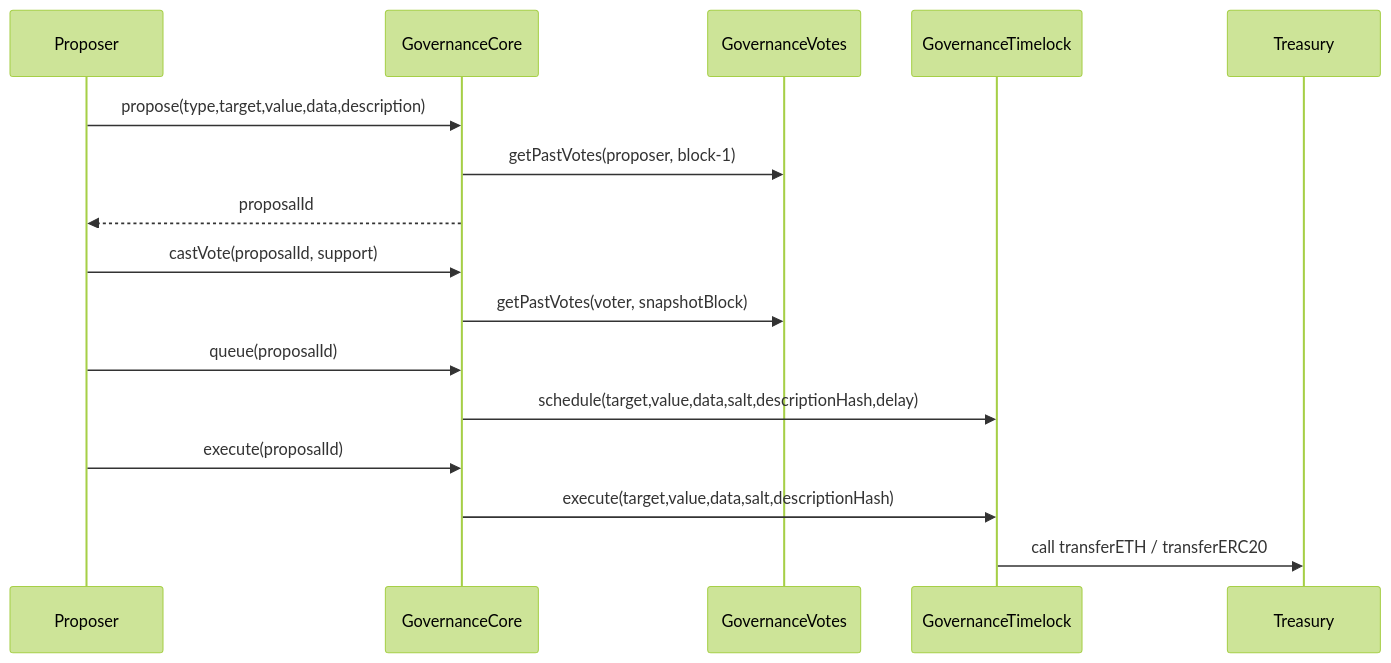
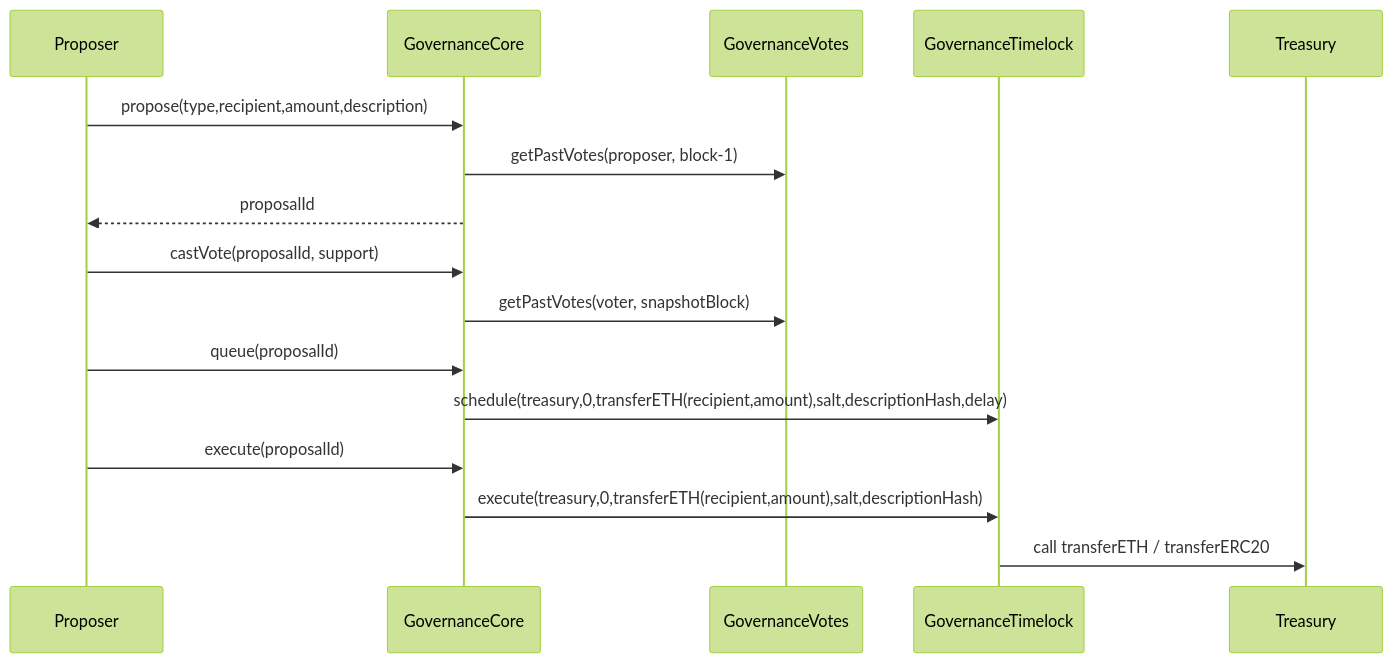
The third of 4 diagrams in README.md (ramalokeshreddyp/CryptoVentures-Governance-Protocol), drawn with Mermaid (forest theme) before and after one commit. The commit also changed other lines of this file and 10 other files, not shown here.

````diff
--- a/README.md
+++ b/README.md
@@ -122,22 +124,22 @@
 ```mermaid
 sequenceDiagram
     participant P as Proposer
     participant C as GovernanceCore
     participant V as GovernanceVotes
     participant T as GovernanceTimelock
     participant R as Treasury
 
-    P->>C: propose(type,target,value,data,description)
+    P->>C: propose(type,recipient,amount,description)
     C->>V: getPastVotes(proposer, block-1)
     C-->>P: proposalId
 
     P->>C: castVote(proposalId, support)
     C->>V: getPastVotes(voter, snapshotBlock)
 
     P->>C: queue(proposalId)
-    C->>T: schedule(target,value,data,salt,descriptionHash,delay)
+    C->>T: schedule(treasury,0,transferETH(recipient,amount),salt,descriptionHash,delay)
 
     P->>C: execute(proposalId)
-    C->>T: execute(target,value,data,salt,descriptionHash)
+    C->>T: execute(treasury,0,transferETH(recipient,amount),salt,descriptionHash)
     T->>R: call transferETH / transferERC20
 ```
````
